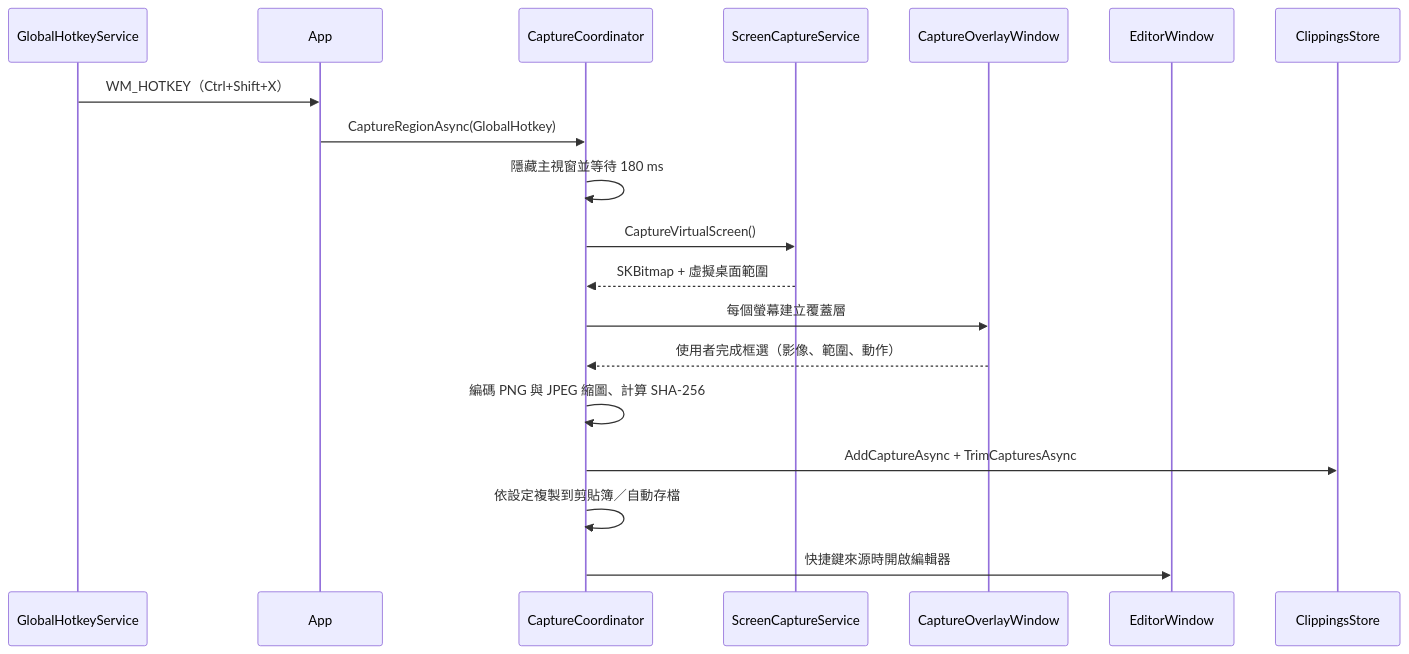
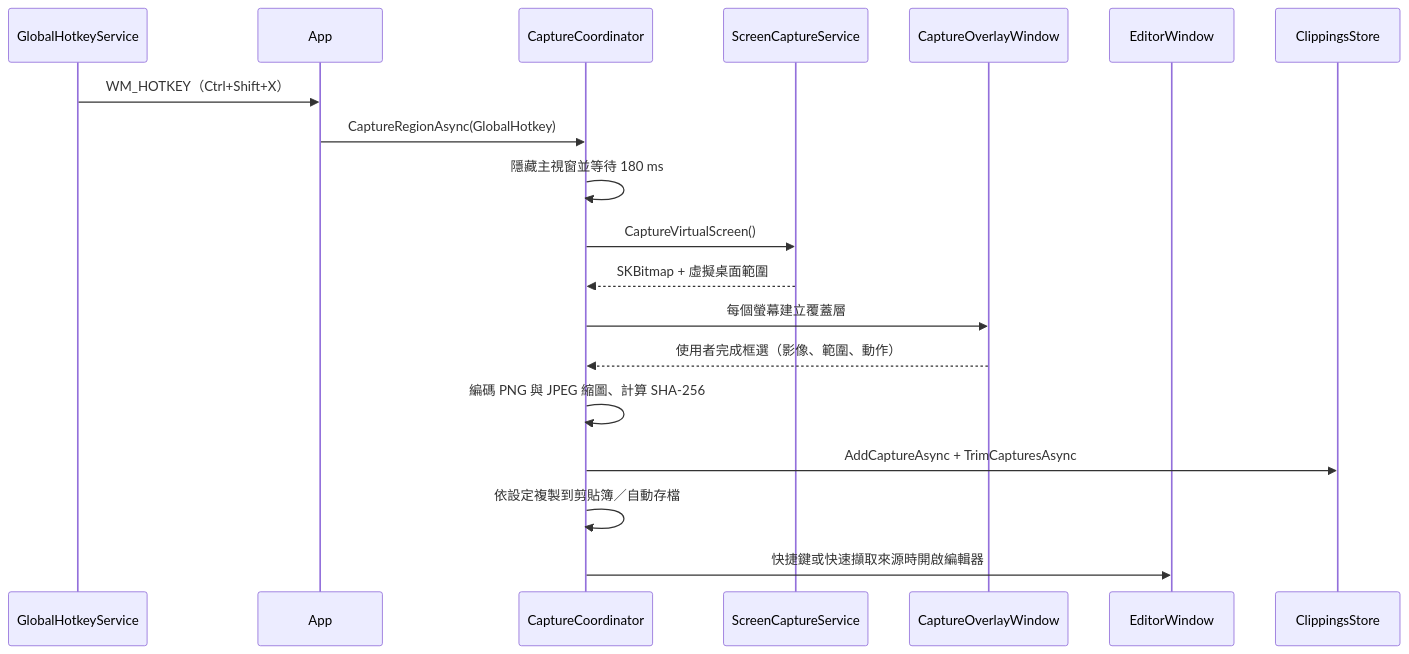
The third of 8 diagrams in docs/ARCHITECTURE.md (mark216tw/win-clippings-01), drawn with Mermaid before and after one commit. The commit also changed other lines of this file and 18 other files, not shown here.

Commit message:
Release v1.24.3: quick capture editor flow and window fixes

````diff
--- a/docs/ARCHITECTURE.md
+++ b/docs/ARCHITECTURE.md
@@ -132,22 +132,22 @@
 ```mermaid
 sequenceDiagram
     participant HK as GlobalHotkeyService
     participant APP as App
     participant C as CaptureCoordinator
     participant S as ScreenCaptureService
     participant O as CaptureOverlayWindow
     participant E as EditorWindow
     participant DB as ClippingsStore
 
     HK->>APP: WM_HOTKEY（Ctrl+Shift+X）
     APP->>C: CaptureRegionAsync(GlobalHotkey)
     C->>C: 隱藏主視窗並等待 180 ms
     C->>S: CaptureVirtualScreen()
     S-->>C: SKBitmap + 虛擬桌面範圍
     C->>O: 每個螢幕建立覆蓋層
     O-->>C: 使用者完成框選（影像、範圍、動作）
     C->>C: 編碼 PNG 與 JPEG 縮圖、計算 SHA-256
     C->>DB: AddCaptureAsync + TrimCapturesAsync
     C->>C: 依設定複製到剪貼簿／自動存檔
-    C->>E: 快捷鍵來源時開啟編輯器
+    C->>E: 快捷鍵或快速擷取來源時開啟編輯器
 ```
````
